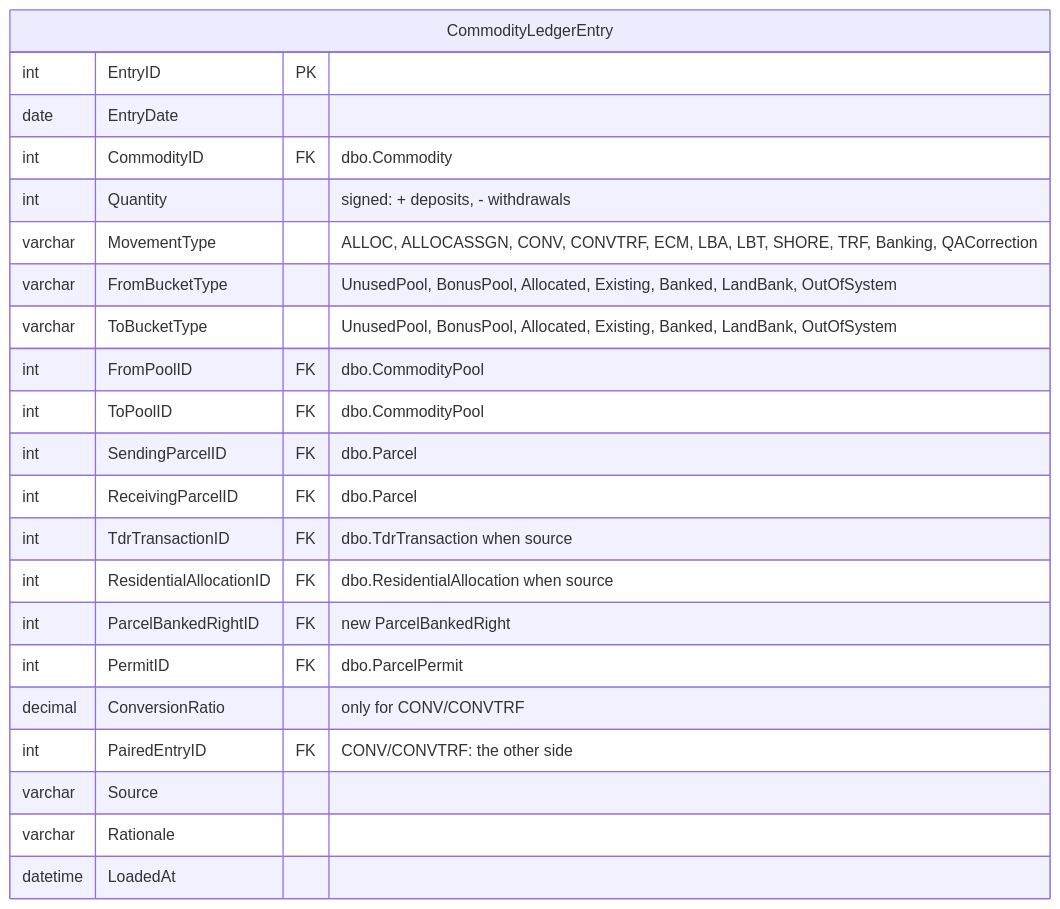
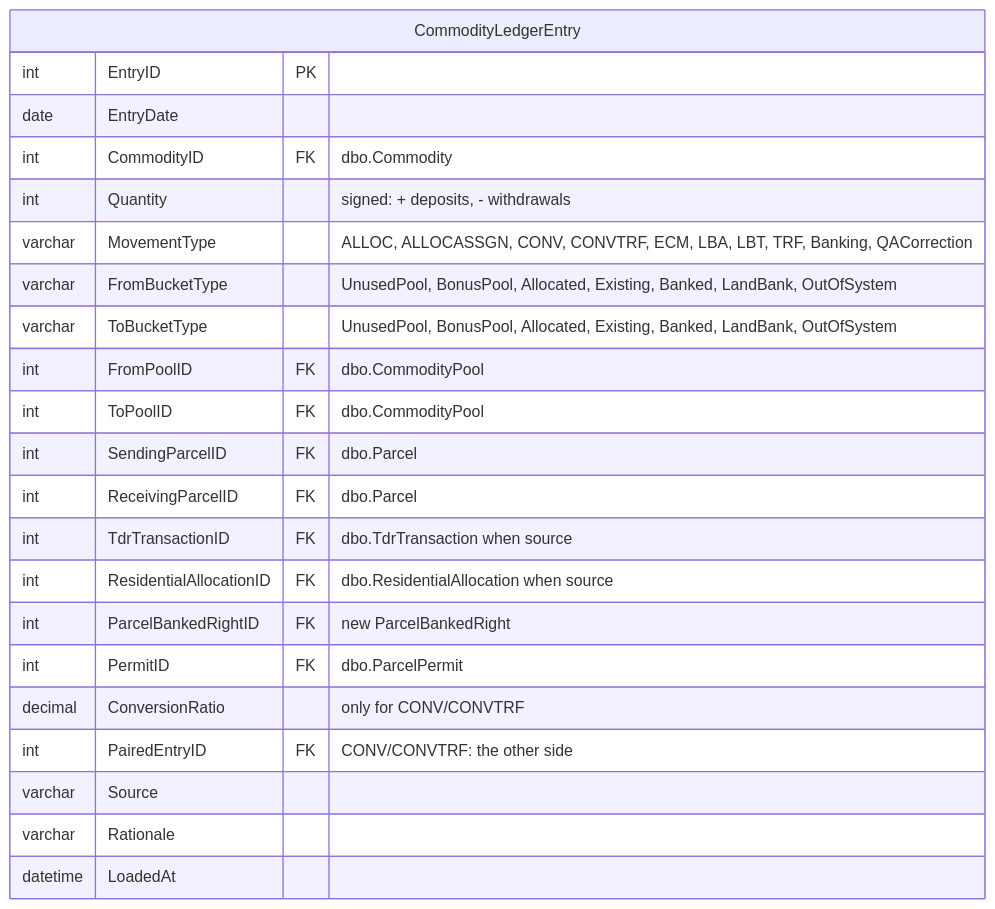
Before and after one commit to trpa-agency/Reporting: the second of 4 diagrams in erd/target_schema.md, drawn with Mermaid. The commit also changed other lines of this file and 1 other file, not shown here.

First line of the commit message:
erd: remove shorezone from scope (handled by separate system)

````diff
--- a/erd/target_schema.md
+++ b/erd/target_schema.md
@@ -246,25 +249,25 @@
 ```mermaid
 erDiagram
     CommodityLedgerEntry {
         int EntryID PK
         date EntryDate
         int CommodityID FK "dbo.Commodity"
         int Quantity "signed: + deposits, - withdrawals"
-        varchar MovementType "ALLOC, ALLOCASSGN, CONV, CONVTRF, ECM, LBA, LBT, SHORE, TRF, Banking, QACorrection"
+        varchar MovementType "ALLOC, ALLOCASSGN, CONV, CONVTRF, ECM, LBA, LBT, TRF, Banking, QACorrection"
         varchar FromBucketType "UnusedPool, BonusPool, Allocated, Existing, Banked, LandBank, OutOfSystem"
         varchar ToBucketType "UnusedPool, BonusPool, Allocated, Existing, Banked, LandBank, OutOfSystem"
         int FromPoolID FK "dbo.CommodityPool"
         int ToPoolID FK "dbo.CommodityPool"
         int SendingParcelID FK "dbo.Parcel"
         int ReceivingParcelID FK "dbo.Parcel"
         int TdrTransactionID FK "dbo.TdrTransaction when source"
         int ResidentialAllocationID FK "dbo.ResidentialAllocation when source"
         int ParcelBankedRightID FK "new ParcelBankedRight"
         int PermitID FK "dbo.ParcelPermit"
         decimal ConversionRatio "only for CONV/CONVTRF"
         int PairedEntryID FK "CONV/CONVTRF: the other side"
         varchar Source
         varchar Rationale
         datetime LoadedAt
     }
 ```
````
